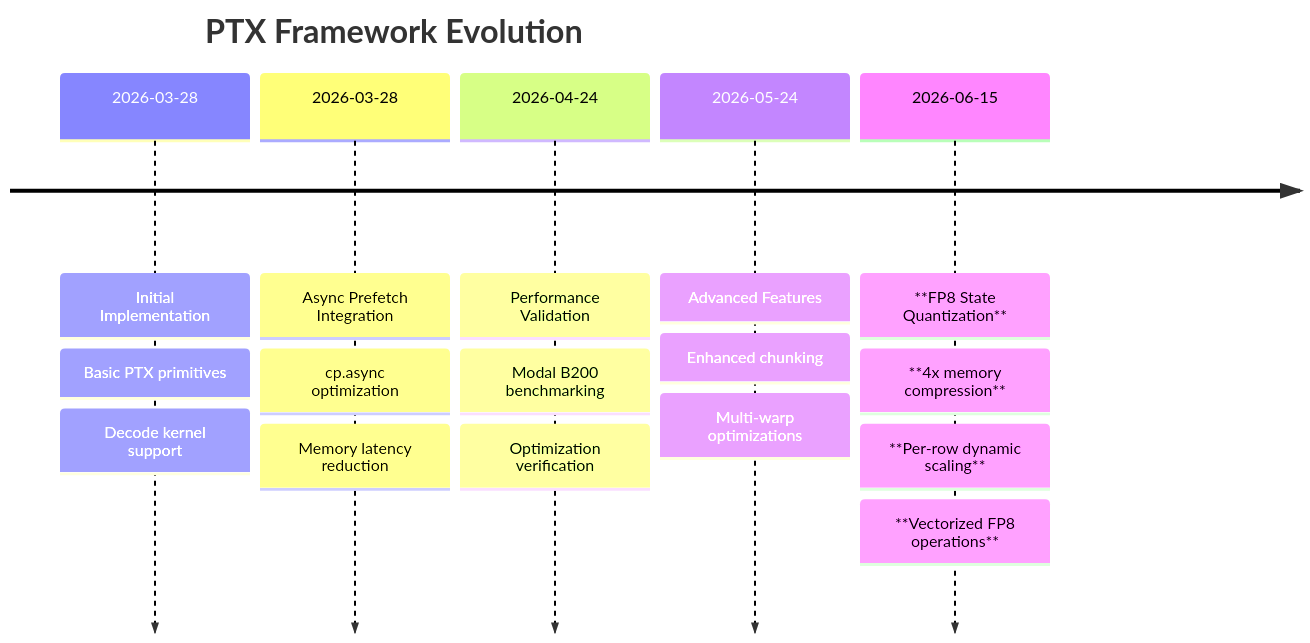
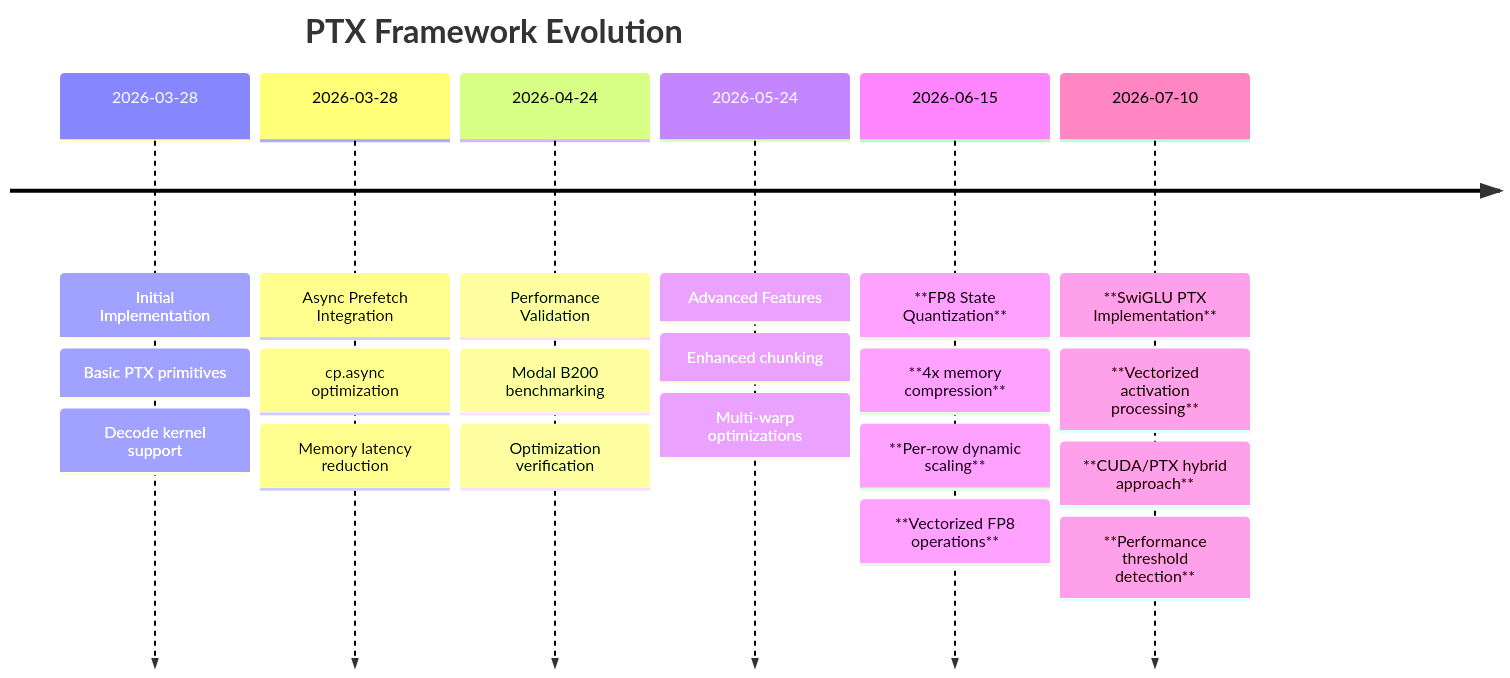
One commit to gugudeshubao/flashinfer-bench-tma-thrust changed diagram 13 of 16 in .qoder/repowiki/en/content/Core Kernels/PTX Inline Assembly Kernel Framework.md. Above: the diagram before and after it, drawn with Mermaid. The commit also changed other lines of this file and 46 other files, not shown here.

````diff
--- a/.qoder/repowiki/en/content/Core Kernels/PTX Inline Assembly Kernel Framework.md
+++ b/.qoder/repowiki/en/content/Core Kernels/PTX Inline Assembly Kernel Framework.md
@@ -375,20 +481,24 @@
 ```mermaid
 timeline
 title PTX Framework Evolution
 2026-03-28 : Initial Implementation
 : Basic PTX primitives
 : Decode kernel support
 2026-03-28 : Async Prefetch Integration
 : cp.async optimization
 : Memory latency reduction
 2026-04-24 : Performance Validation
 : Modal B200 benchmarking
 : Optimization verification
 2026-05-24 : Advanced Features
 : Enhanced chunking
 : Multi-warp optimizations
 2026-06-15 : **FP8 State Quantization**
 : **4x memory compression**
 : **Per-row dynamic scaling**
 : **Vectorized FP8 operations**
+2026-07-10 : **SwiGLU PTX Implementation**
+: **Vectorized activation processing**
+: **CUDA/PTX hybrid approach**
+: **Performance threshold detection**
 ```
````
